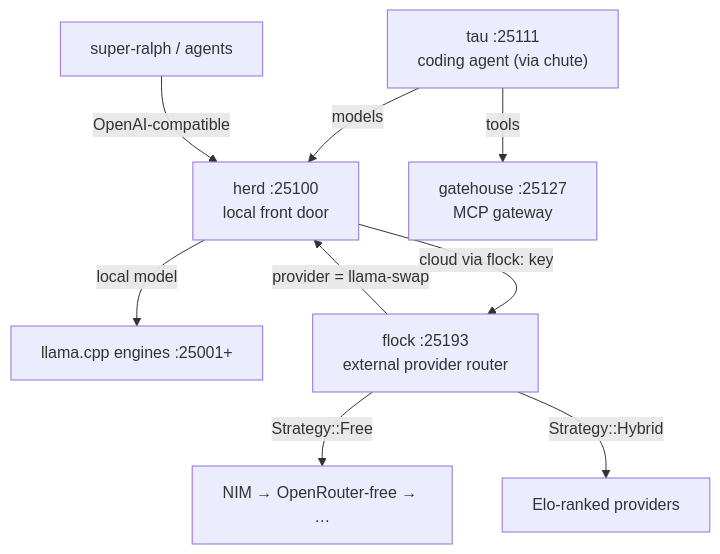
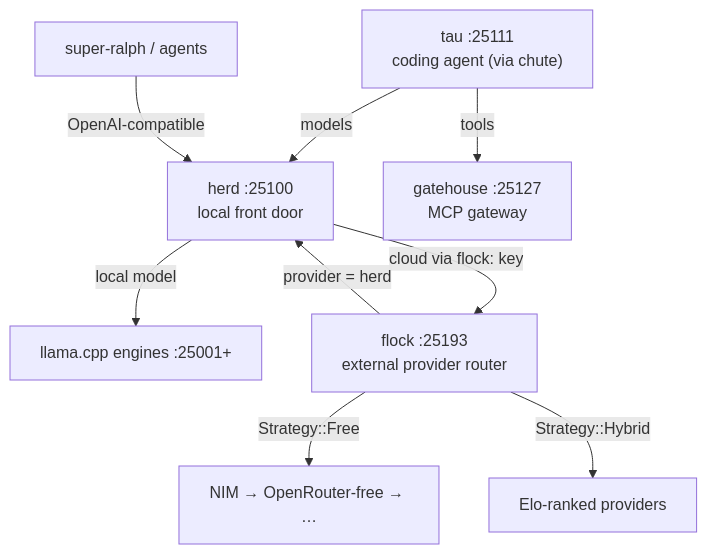
One commit to toxicwind/ranch changed the diagram in README.md. Above: the diagram before and after it, drawn with Mermaid. The commit also changed other lines of this file and 297 other files, not shown here.

Commit message:
rename: llama-swap -> herd (full project rebrand)

````diff
--- a/README.md
+++ b/README.md
@@ -186,11 +186,11 @@
 ```mermaid
 flowchart TD
     tau["tau :25111<br/>coding agent (via chute)"] -->|models| herd["herd :25100<br/>local front door"]
     tau -->|tools| gatehouse["gatehouse :25127<br/>MCP gateway"]
     agents["super-ralph / agents"] -->|OpenAI-compatible| herd
     herd -->|local model| engines["llama.cpp engines :25001+"]
     herd -->|cloud via flock: key| flock["flock :25193<br/>external provider router"]
     flock -->|Strategy::Free| free["NIM → OpenRouter-free → …"]
     flock -->|Strategy::Hybrid| elo["Elo-ranked providers"]
-    flock -->|provider = llama-swap| herd
+    flock -->|provider = herd| herd
 ```
````
